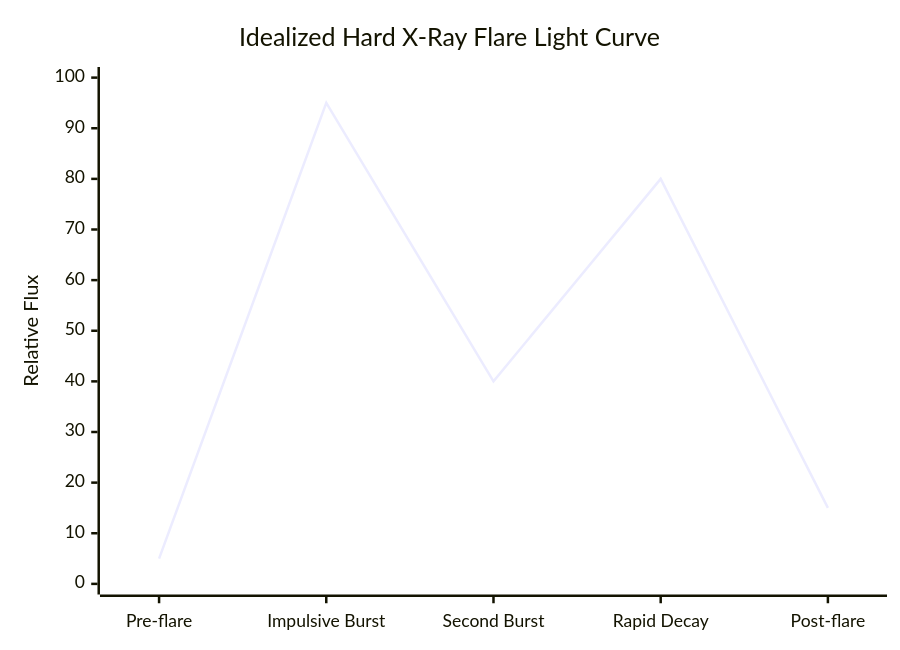
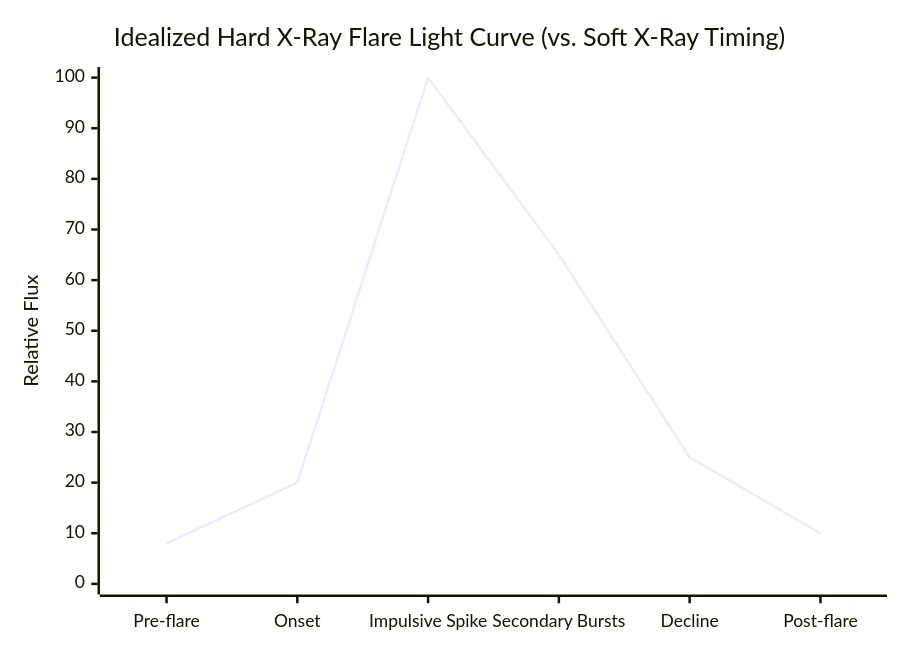
The diagram in docs/16_HEL1OS.md (Daksh7785/HeliosAI), drawn with Mermaid before and after one commit. The commit also changed other lines of this file, not shown here.

````diff
--- a/docs/16_HEL1OS.md
+++ b/docs/16_HEL1OS.md
@@ -59,7 +58,7 @@
 ```mermaid
 xychart-beta
-    title "Idealized Hard X-Ray Flare Light Curve"
-    x-axis ["Pre-flare", "Impulsive Burst", "Second Burst", "Rapid Decay", "Post-flare"]
+    title "Idealized Hard X-Ray Flare Light Curve (vs. Soft X-Ray Timing)"
+    x-axis ["Pre-flare", "Onset", "Impulsive Spike", "Secondary Bursts", "Decline", "Post-flare"]
     y-axis "Relative Flux" 0 --> 100
-    line [5, 95, 40, 80, 15, 8, 5]
+    line [8, 20, 100, 65, 25, 10]
 ```
````
